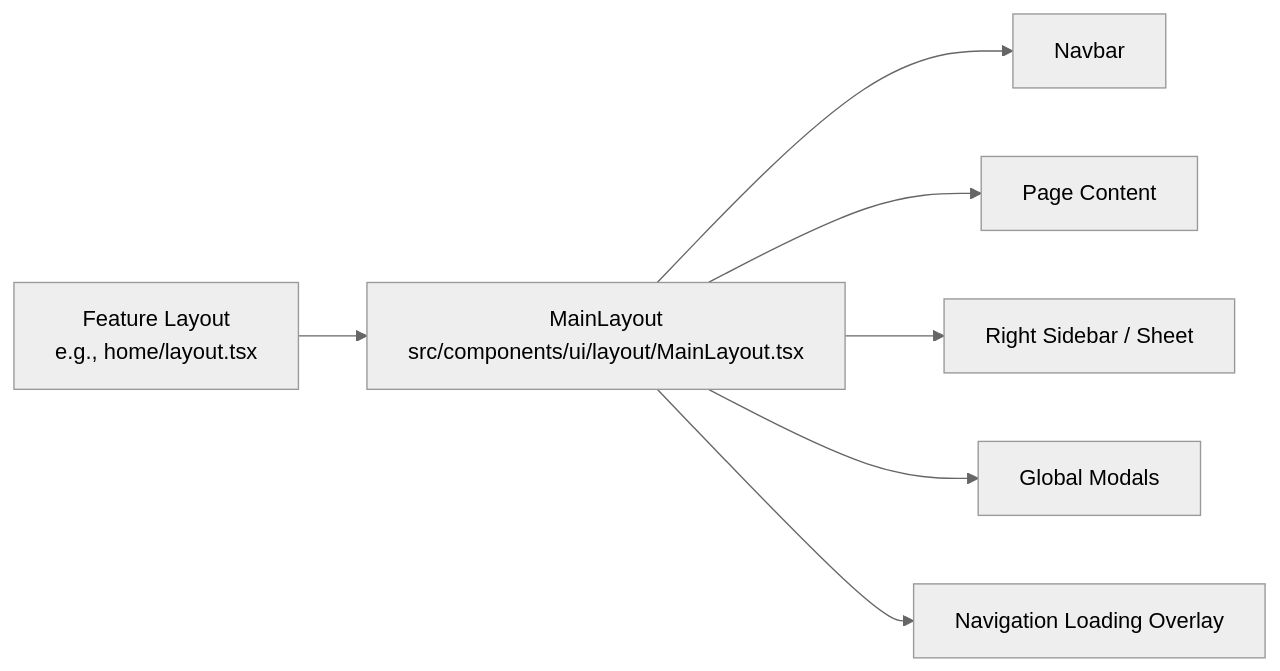
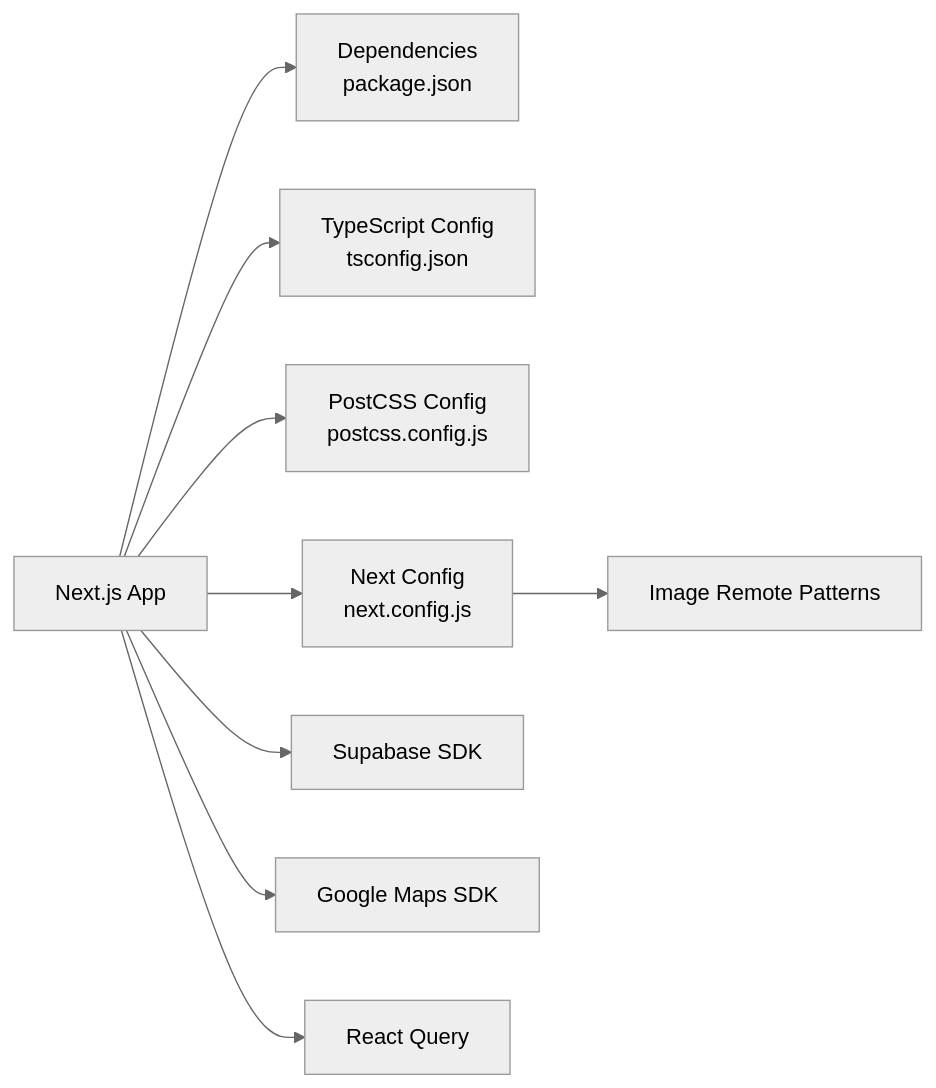
Before and after one commit to Meaetin/alibaba-hackathon: the sixth of 6 diagrams in .qoder/repowiki/en/content/Architecture Overview/System Design.md, drawn with Mermaid (neutral theme). The commit also changed other lines of this file and 241 other files, not shown here.

````diff
--- a/.qoder/repowiki/en/content/Architecture Overview/System Design.md
+++ b/.qoder/repowiki/en/content/Architecture Overview/System Design.md
@@ -236,9 +236,11 @@
 ```mermaid
 graph LR
-FL["Feature Layout<br/>e.g., home/layout.tsx"] --> ML["MainLayout<br/>src/components/ui/layout/MainLayout.tsx"]
-ML --> Nav["Navbar"]
-ML --> Content["Page Content"]
-ML --> Sidebar["Right Sidebar / Sheet"]
-ML --> Modals["Global Modals"]
-ML --> Loading["Navigation Loading Overlay"]
+App["Next.js App"] --> NPM["Dependencies<br/>package.json"]
+App --> TS["TypeScript Config<br/>tsconfig.json"]
+App --> PostCSS["PostCSS Config<br/>postcss.config.js"]
+App --> NextCfg["Next Config<br/>next.config.js"]
+NextCfg --> Images["Image Remote Patterns"]
+App --> SQB["Supabase SDK"]
+App --> Maps["Google Maps SDK"]
+App --> RQ["React Query"]
 ```
````
